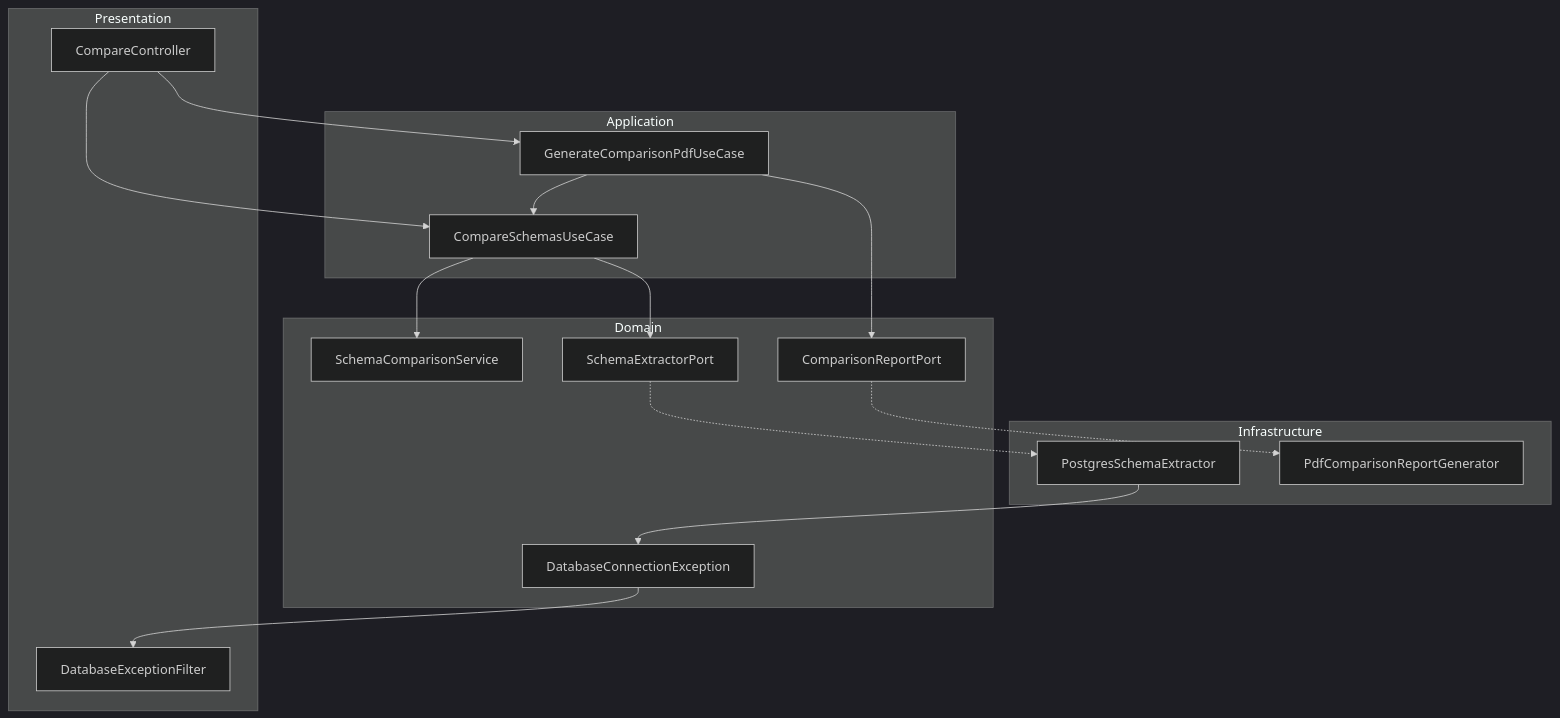
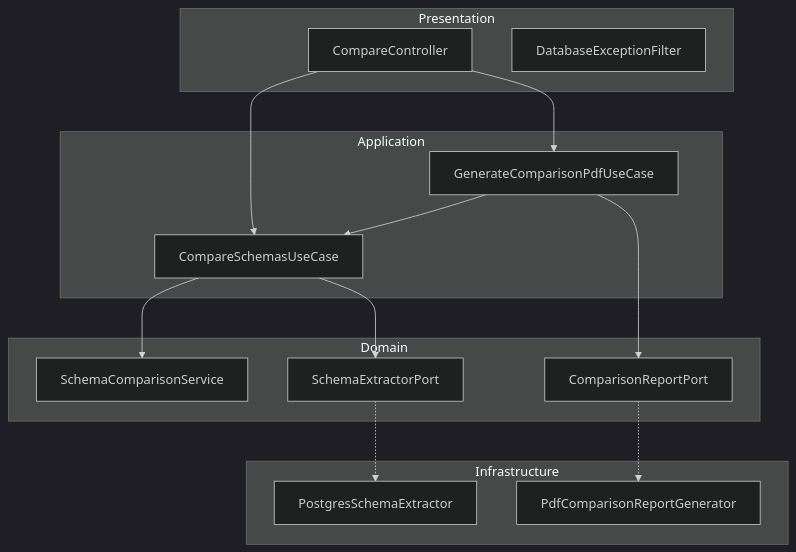
The diagram in README.md (Ricardo-1976/db-schema-comparator), drawn with Mermaid (dark theme) before and after one commit. The commit also changed other lines of this file and 23 other files, not shown here.

````diff
--- a/README.md
+++ b/README.md
@@ -286,35 +188,32 @@
 ```mermaid
 flowchart TB
     subgraph Presentation
         C[CompareController]
         FILT[DatabaseExceptionFilter]
     end
 
     subgraph Application
         UC[CompareSchemasUseCase]
         PDF[GenerateComparisonPdfUseCase]
     end
 
     subgraph Domain
         SVC[SchemaComparisonService]
         EXT[SchemaExtractorPort]
         RPT[ComparisonReportPort]
-        EXC[DatabaseConnectionException]
     end
 
     subgraph Infrastructure
         PG[PostgresSchemaExtractor]
         GEN[PdfComparisonReportGenerator]
     end
 
     C --> UC
     C --> PDF
     UC --> EXT
     UC --> SVC
     PDF --> UC
     PDF --> RPT
     EXT -.-> PG
     RPT -.-> GEN
-    PG --> EXC
-    EXC --> FILT
 ```
````
